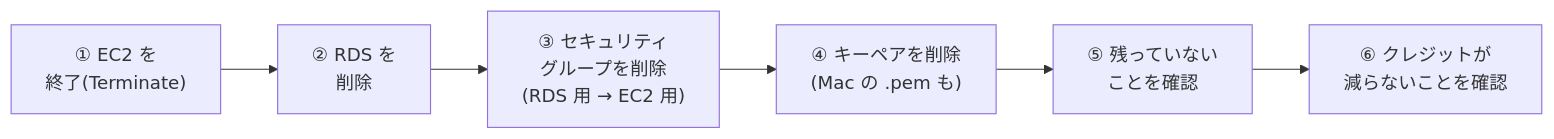
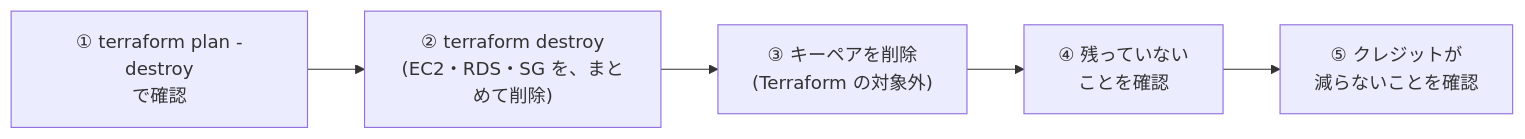
One commit to takeuchikoutagg/skill-map changed the sixth of 6 diagrams in docs/07-デプロイガイド.md. Above: the diagram before and after it, drawn with Mermaid. The commit also changed other lines of this file and 1 other file, not shown here.

First line of the commit message:
Rework docs/06, docs/07 for Terraform-based AWS provisioning

````diff
--- a/docs/07-デプロイガイド.md
+++ b/docs/07-デプロイガイド.md
@@ -739,10 +782,9 @@
 ```mermaid
 flowchart LR
-    A["① EC2 を<br/>終了(Terminate)"]
-    B["② RDS を<br/>削除"]
-    C["③ セキュリティ<br/>グループを削除<br/>(RDS 用 → EC2 用)"]
-    D["④ キーペアを削除<br/>(Mac の .pem も)"]
-    E["⑤ 残っていない<br/>ことを確認"]
-    F["⑥ クレジットが<br/>減らないことを確認"]
-    A --> B --> C --> D --> E --> F
+    A["① terraform plan -destroy<br/>で確認"]
+    B["② terraform destroy<br/>(EC2・RDS・SG を、まとめて削除)"]
+    C["③ キーペアを削除<br/>(Terraform の対象外)"]
+    D["④ 残っていない<br/>ことを確認"]
+    E["⑤ クレジットが<br/>減らないことを確認"]
+    A --> B --> C --> D --> E
 ```
````
